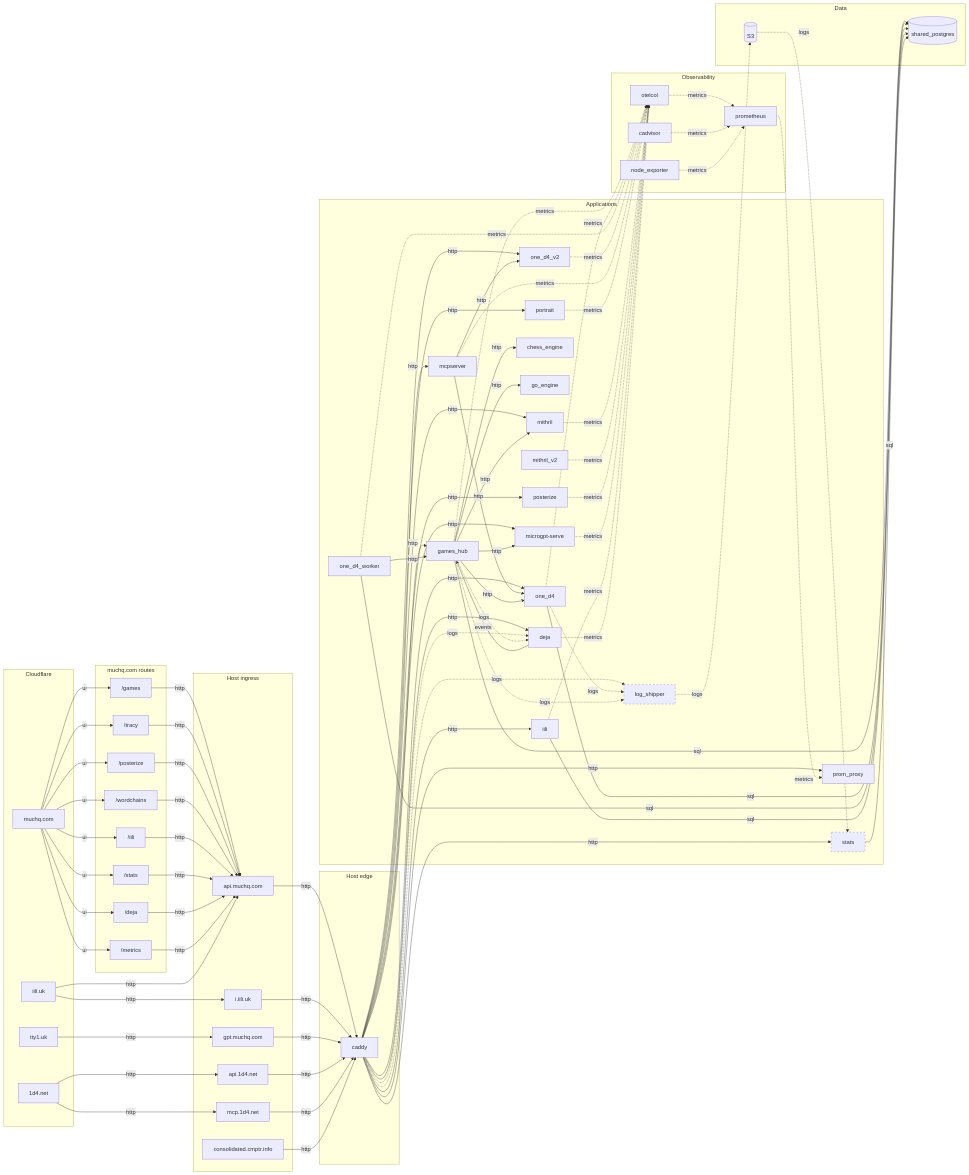
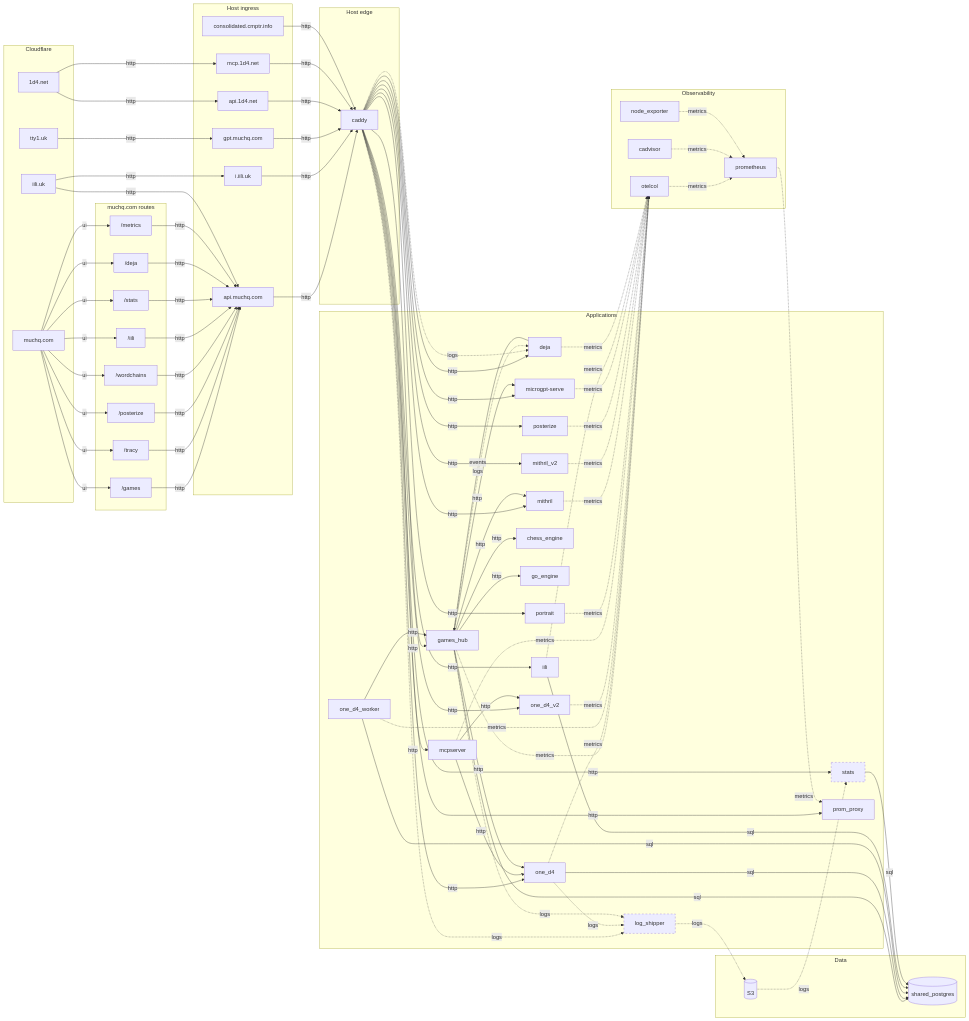
Before and after one commit to muchq/MoonBase: the diagram in docs/DEPLOYMENT.md, drawn with Mermaid. The commit also changed other lines of this file and 10 other files, not shown here.

```diff
--- a/docs/DEPLOYMENT.md
+++ b/docs/DEPLOYMENT.md
@@ -172,6 +172,7 @@
   caddy -->|http| games_hub
   caddy -->|http| portrait
   caddy -->|http| mithril
+  caddy -->|http| mithril_v2
   caddy -->|http| posterize
   caddy -->|http| microgpt-serve
   caddy -->|http| one_d4
```
